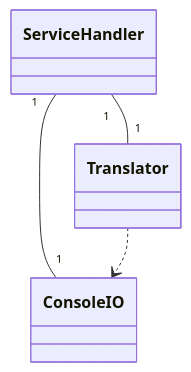
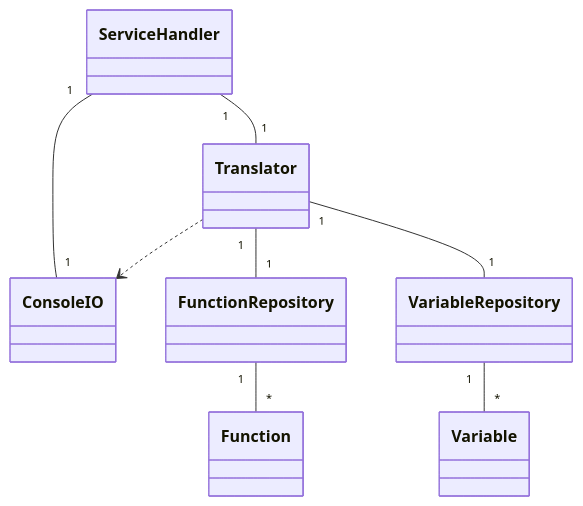
Before and after one commit to tumffa/ot-harjoitustyo: the first of 2 diagrams in dokumentaatio/arkkitehtuuri.md, drawn with Mermaid. The commit also changed other lines of this file, not shown here.

````diff
--- a/dokumentaatio/arkkitehtuuri.md
+++ b/dokumentaatio/arkkitehtuuri.md
@@ -5,6 +5,10 @@
 ```mermaid
  classDiagram
     ServiceHandler "1" -- "1" ConsoleIO
     ServiceHandler "1" -- "1" Translator
+    Translator "1" -- "1" FunctionRepository
+    Translator "1" -- "1" VariableRepository
     Translator ..> ConsoleIO
+    FunctionRepository "1" -- "*" Function
+    VariableRepository "1" -- "*" Variable
 ```
````
